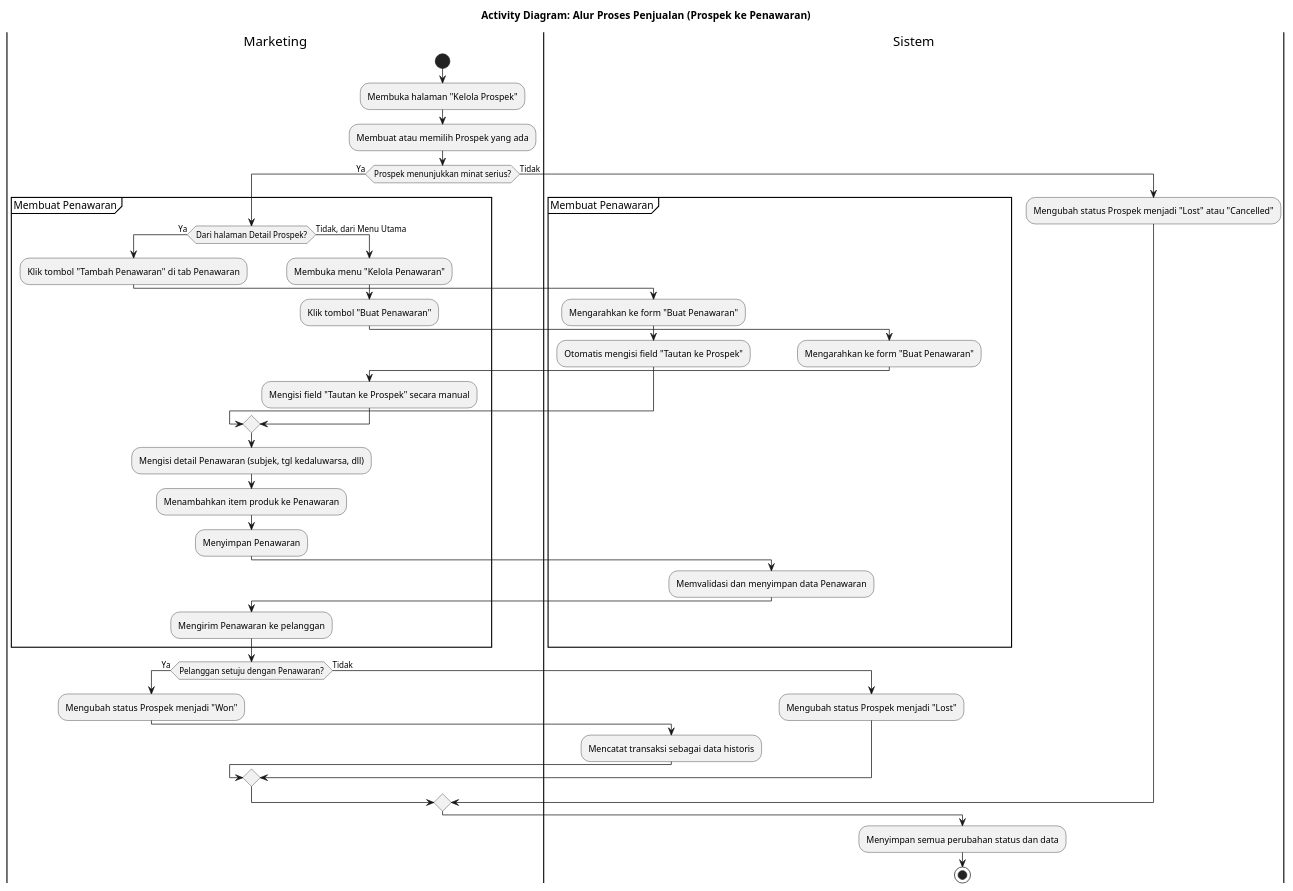
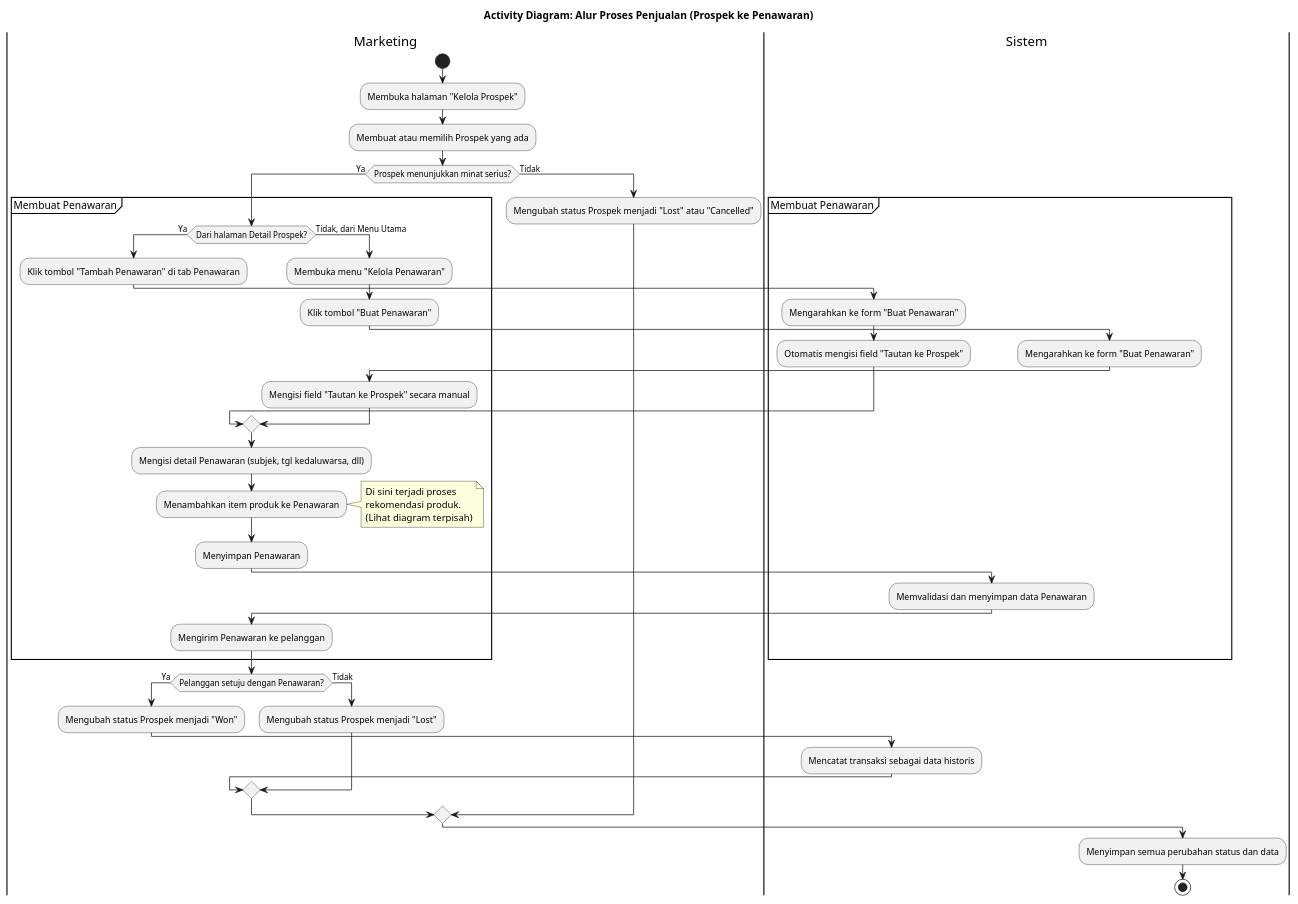
One commit to quenzvezda/laravel-crm changed the diagram in docs/activity_alur_penjualan_crm.puml. Above: the diagram before and after it, drawn with PlantUML. The commit also changed 4 other files, not shown here.

Commit message:
docs: update some diagram due to changes in activity

```diff
--- a/docs/activity_alur_penjualan_crm.puml
+++ b/docs/activity_alur_penjualan_crm.puml
@@ -1,60 +1,68 @@
 @startuml
 title Activity Diagram: Alur Proses Penjualan (Prospek ke Penawaran)
 
 |Marketing|
 start
 :Membuka halaman "Kelola Prospek";
 :Membuat atau memilih Prospek yang ada;
 
 if (Prospek menunjukkan minat serius?) then (Ya)
   partition "Membuat Penawaran" {
     if (Dari halaman Detail Prospek?) then (Ya)
       :Klik tombol "Tambah Penawaran" di tab Penawaran;
 
       |Sistem|
       :Mengarahkan ke form "Buat Penawaran";
       :Otomatis mengisi field "Tautan ke Prospek";
 
     else (Tidak, dari Menu Utama)
       |Marketing|
       :Membuka menu "Kelola Penawaran";
       :Klik tombol "Buat Penawaran";
 
       |Sistem|
       :Mengarahkan ke form "Buat Penawaran";
 
       |Marketing|
       :Mengisi field "Tautan ke Prospek" secara manual;
     endif
 
     |Marketing|
     :Mengisi detail Penawaran (subjek, tgl kedaluwarsa, dll);
     :Menambahkan item produk ke Penawaran;
+    note right
+      Di sini terjadi proses
+      rekomendasi produk.
+      (Lihat diagram terpisah)
+    end note
     :Menyimpan Penawaran;
 
     |Sistem|
     :Memvalidasi dan menyimpan data Penawaran;
 
     |Marketing|
     :Mengirim Penawaran ke pelanggan;
   }
 
   if (Pelanggan setuju dengan Penawaran?) then (Ya)
+    |Marketing|
     :Mengubah status Prospek menjadi "Won";
 
     |Sistem|
     :Mencatat transaksi sebagai data historis;
 
   else (Tidak)
+    |Marketing|
     :Mengubah status Prospek menjadi "Lost";
   endif
 
 else (Tidak)
+  |Marketing|
   :Mengubah status Prospek menjadi "Lost" atau "Cancelled";
 endif
 
 |Sistem|
 :Menyimpan semua perubahan status dan data;
 stop
 
 @enduml
```
